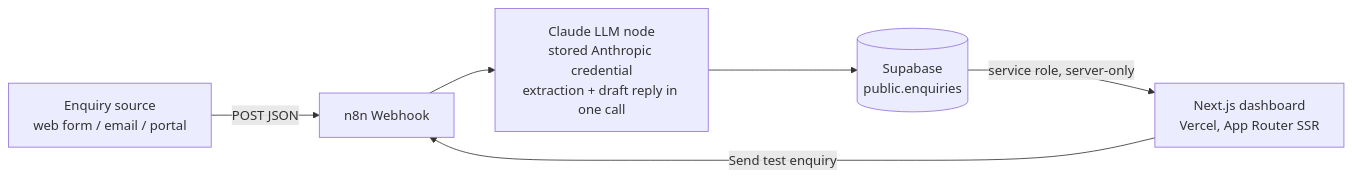
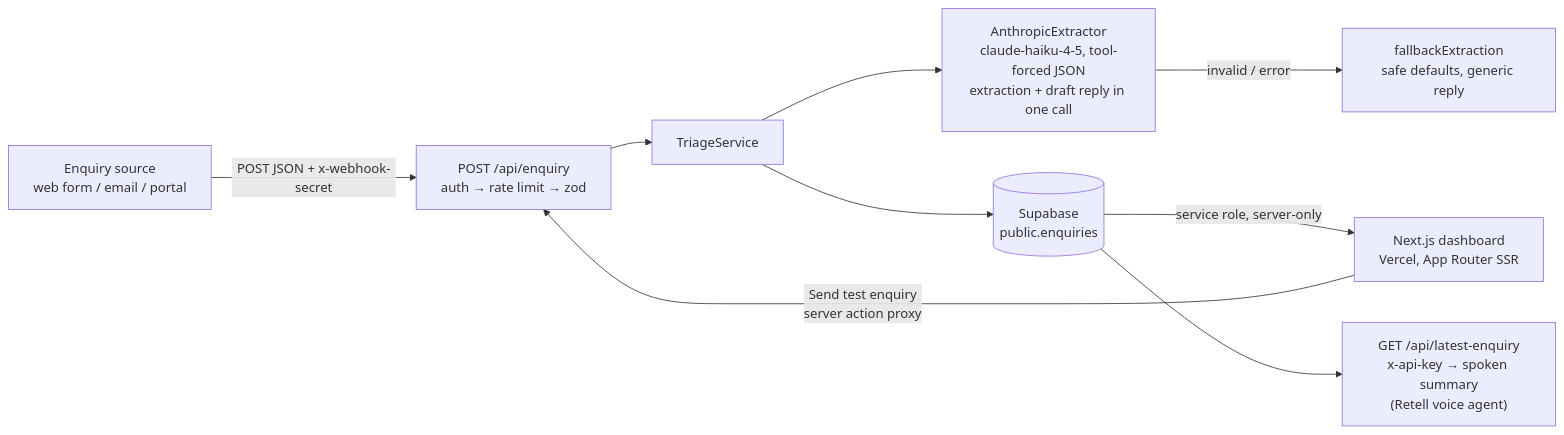
Before and after one commit to emmskie016/enquiry-triage: the diagram in README.md, drawn with Mermaid. The commit also changed other lines of this file and 23 other files, not shown here.

First line of the commit message:
Rebuild triage as secure all-in-Next.js app (T01-T11)

````diff
--- a/README.md
+++ b/README.md
@@ -7,8 +7,11 @@
 ```mermaid
 flowchart LR
-    A[Enquiry source<br/>web form / email / portal] -->|POST JSON| B[n8n Webhook]
-    B --> C[Claude LLM node<br/>stored Anthropic credential<br/>extraction + draft reply in one call]
-    C --> D[(Supabase<br/>public.enquiries)]
-    D -->|service role, server-only| E[Next.js dashboard<br/>Vercel, App Router SSR]
-    E -->|Send test enquiry| B
+    A[Enquiry source<br/>web form / email / portal] -->|POST JSON + x-webhook-secret| B["POST /api/enquiry<br/>auth → rate limit → zod"]
+    B --> C[TriageService]
+    C --> D["AnthropicExtractor<br/>claude-haiku-4-5, tool-forced JSON<br/>extraction + draft reply in one call"]
+    D -->|invalid / error| F[fallbackExtraction<br/>safe defaults, generic reply]
+    C --> E[(Supabase<br/>public.enquiries)]
+    E -->|service role, server-only| G[Next.js dashboard<br/>Vercel, App Router SSR]
+    E --> H["GET /api/latest-enquiry<br/>x-api-key → spoken summary<br/>(Retell voice agent)"]
+    G -->|Send test enquiry<br/>server action proxy| B
 ```
````
